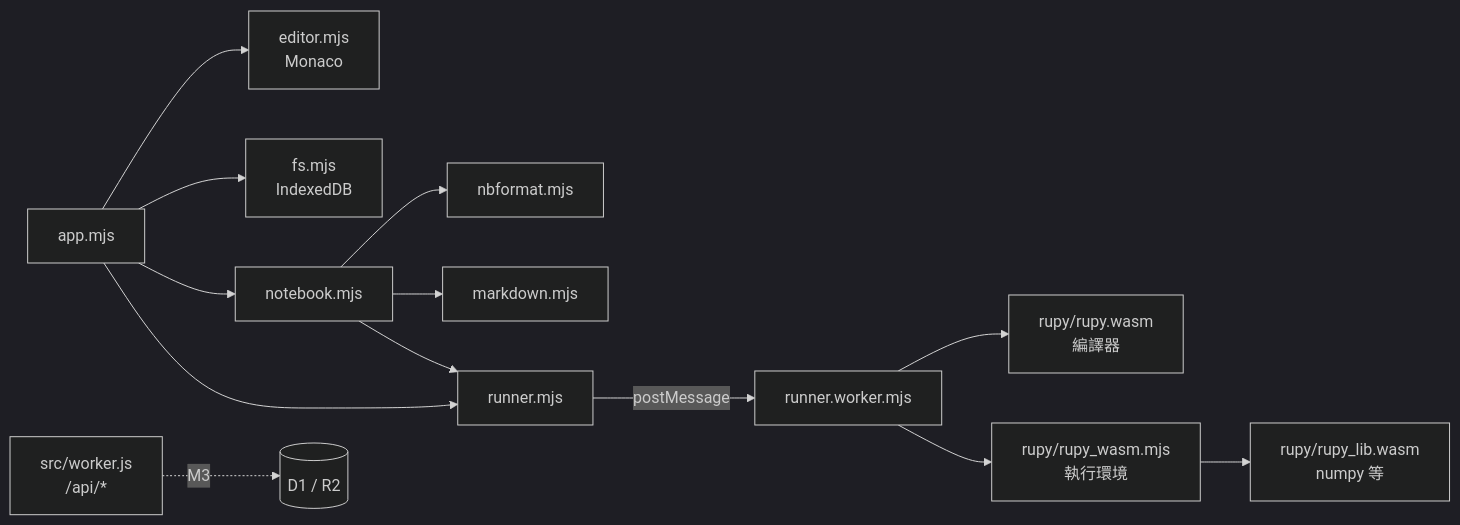
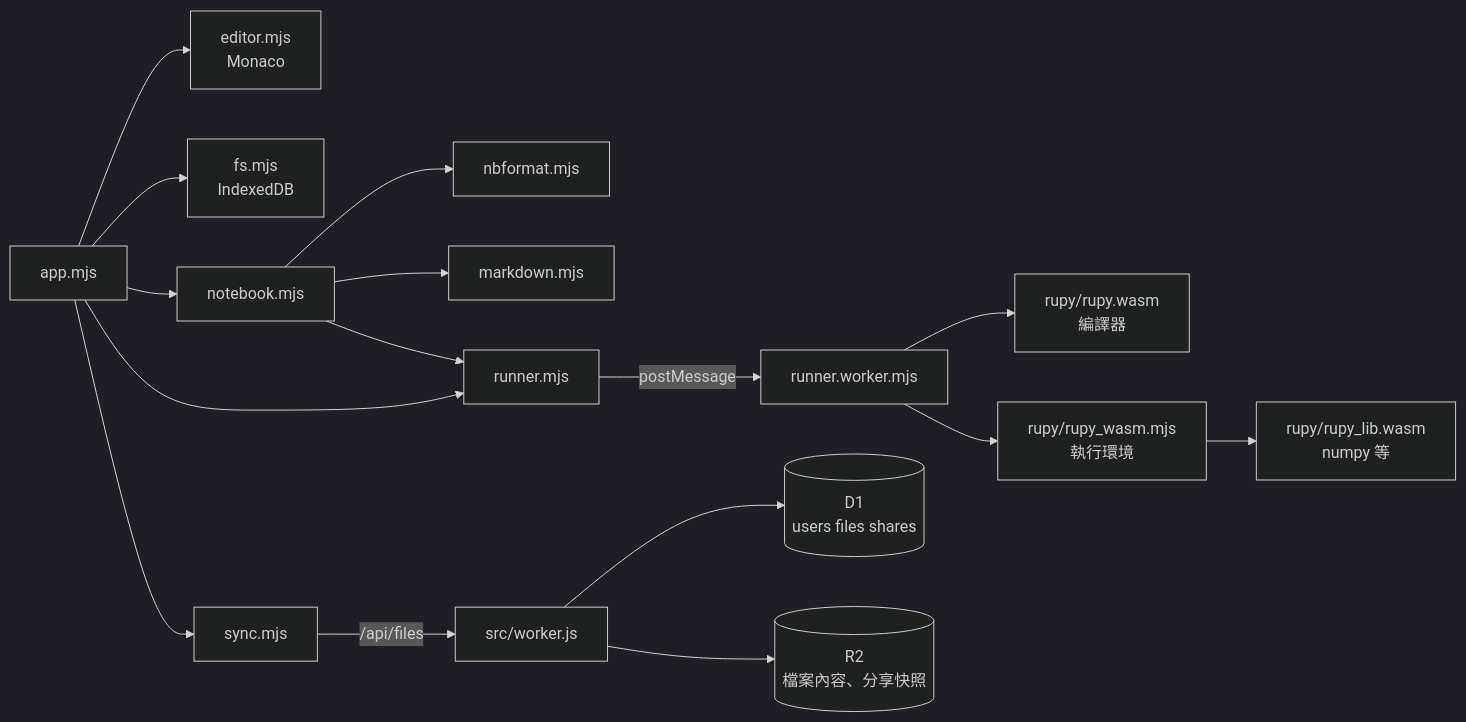
One commit to ccc-claude-opus/rupy changed the diagram in ide/README.md. Above: the diagram before and after it, drawn with Mermaid (dark theme). The commit also changed other lines of this file and 13 other files, not shown here.

````diff
--- a/ide/README.md
+++ b/ide/README.md
@@ -32,14 +42,16 @@
 ```mermaid
 flowchart LR
   A[app.mjs] --> E[editor.mjs<br/>Monaco]
   A --> F[fs.mjs<br/>IndexedDB]
   A --> N[notebook.mjs] --> NB[nbformat.mjs]
   N --> MD[markdown.mjs]
   N --> R
   A --> R[runner.mjs]
   R -- postMessage --> W[runner.worker.mjs]
   W --> C[rupy/rupy.wasm<br/>編譯器]
   W --> H[rupy/rupy_wasm.mjs<br/>執行環境]
   H --> L[rupy/rupy_lib.wasm<br/>numpy 等]
-  S[src/worker.js<br/>/api/*] -.M3.-> D[(D1 / R2)]
+  A --> SY[sync.mjs] -- /api/files --> S[src/worker.js]
+  S --> D[(D1<br/>users files shares)]
+  S --> R2[(R2<br/>檔案內容、分享快照)]
 ```
````
